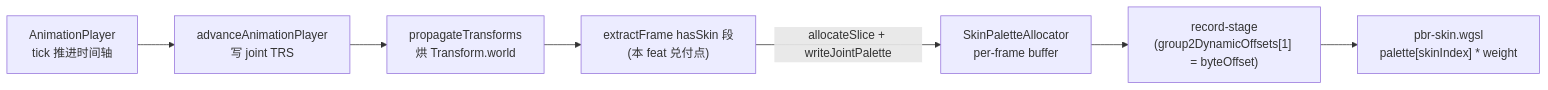
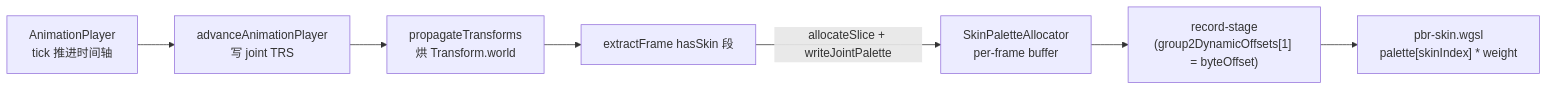
Before and after one commit to ForgeaX-Games/forgeax-editor: the second of 2 diagrams in packages/engine/packages/runtime/README.md, drawn with Mermaid. The commit also changed other lines of this file and 176 other files, not shown here.

````diff
--- a/packages/engine/packages/runtime/README.md
+++ b/packages/engine/packages/runtime/README.md
@@ -1092,9 +1092,9 @@
 ```mermaid
 flowchart LR
     AP["AnimationPlayer<br/>tick 推进时间轴"] --> APAS["advanceAnimationPlayer<br/>写 joint TRS"]
     APAS --> PT["propagateTransforms<br/>烘 Transform.world"]
-    PT --> EX["extractFrame hasSkin 段<br/>(本 feat 兑付点)"]
+    PT --> EX["extractFrame hasSkin 段"]
     EX -->|"allocateSlice + writeJointPalette"| ALLOC["SkinPaletteAllocator<br/>per-frame buffer"]
     ALLOC --> REC["record-stage<br/>(group2DynamicOffsets[1] = byteOffset)"]
     REC --> WGSL["pbr-skin.wgsl<br/>palette[skinIndex] * weight"]
 ```
````
